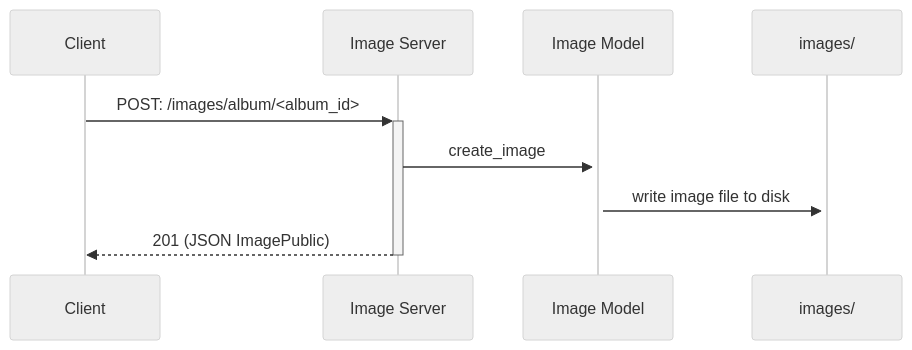
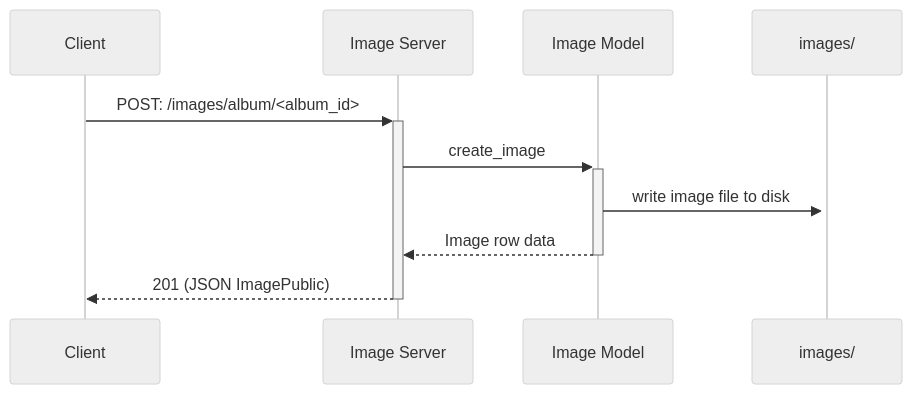
One commit to DavidRambo/image_microservice changed the first of 6 diagrams in README.md. Above: the diagram before and after it, drawn with Mermaid (neutral theme).

Commit message:
docs: fix UML diagram for adding new image

````diff
--- a/README.md
+++ b/README.md
@@ -176,7 +176,8 @@
 ```mermaid
 sequenceDiagram
     Client->>+Image Server: POST: /images/album/<album_id>
     Image Server->>+Image Model: create_image
     Image Model->>+images/: write image file to disk
+    Image Model -->>-Image Server: Image row data
     Image Server-->>-Client: 201 (JSON ImagePublic)
 ```
````
